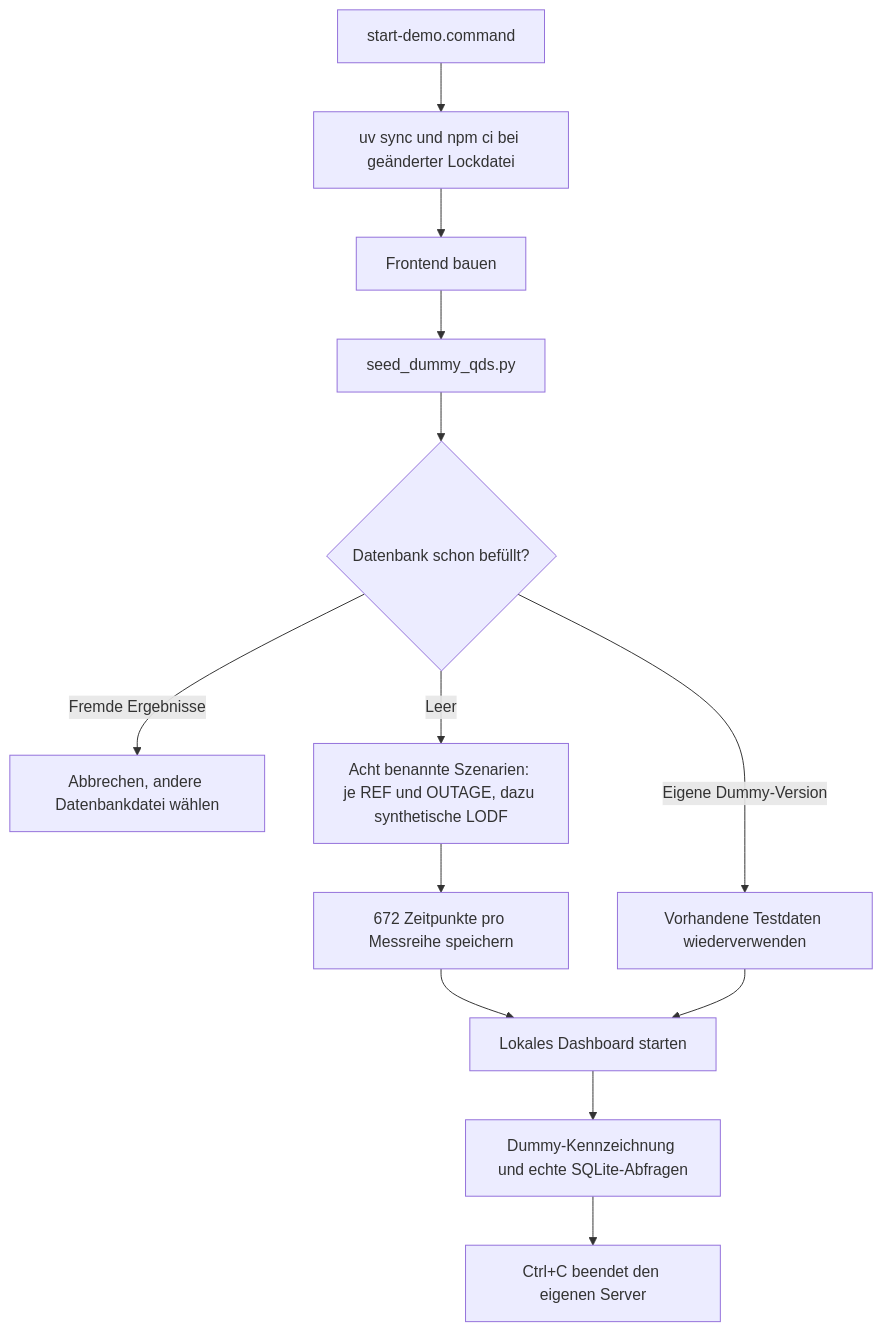
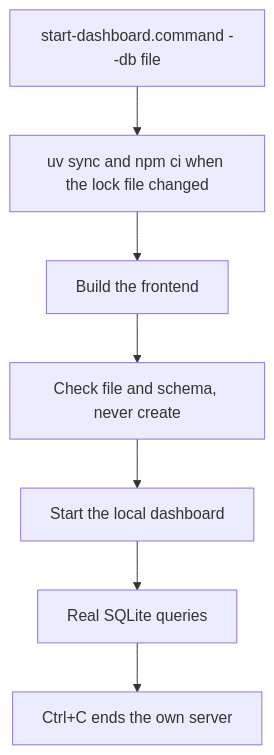
Before and after one commit to hadiibrahim-Engin/nahriva-grid-analysis: the tenth of 11 diagrams in BIG_PICTURE.md, drawn with Mermaid. The commit also changed other lines of this file and 186 other files, not shown here.

First line of the commit message:
Refactor dashboard launch scripts and remove demo functionality

````diff
--- a/BIG_PICTURE.md
+++ b/BIG_PICTURE.md
@@ -358,15 +340,9 @@
 ```mermaid
 flowchart TD
-    Command[start-demo.command] --> Setup[uv sync und npm ci bei geänderter Lockdatei]
-    Setup --> Build[Frontend bauen]
-    Build --> Seed[seed_dummy_qds.py]
-    Seed --> Exists{Datenbank schon befüllt?}
-    Exists -->|Eigene Dummy-Version| Reuse[Vorhandene Testdaten wiederverwenden]
-    Exists -->|Fremde Ergebnisse| Abort[Abbrechen, andere Datenbankdatei wählen]
-    Exists -->|Leer| Generate[Acht benannte Szenarien: je REF und OUTAGE, dazu synthetische LODF]
-    Generate --> Store[672 Zeitpunkte pro Messreihe speichern]
-    Store --> Launch[Lokales Dashboard starten]
-    Reuse --> Launch
-    Launch --> Browser[Dummy-Kennzeichnung und echte SQLite-Abfragen]
-    Browser --> Stop[Ctrl+C beendet den eigenen Server]
+    Command[start-dashboard.command --db file] --> Setup[uv sync and npm ci when the lock file changed]
+    Setup --> Build[Build the frontend]
+    Build --> Check[Check file and schema, never create]
+    Check --> Launch[Start the local dashboard]
+    Launch --> Browser[Real SQLite queries]
+    Browser --> Stop[Ctrl+C ends the own server]
 ```
````
